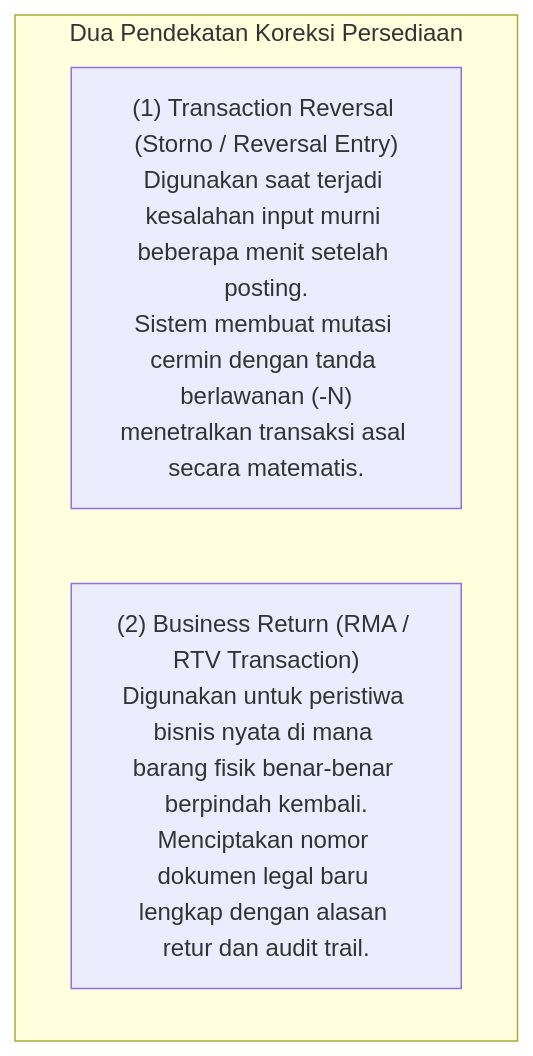
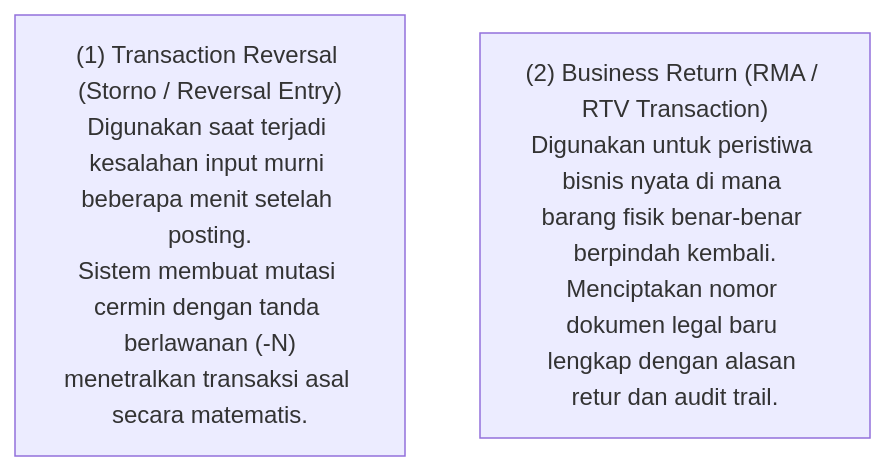
Before and after one commit to alimurrofid/erp-notes: the third of 3 diagrams in content/05-inventory/inventory-return-and-reversal.md, drawn with Mermaid. The commit also changed 58 other files, not shown here.

Commit message:
fix(content):Mermaid Subgraph

````diff
--- a/content/05-inventory/inventory-return-and-reversal.md
+++ b/content/05-inventory/inventory-return-and-reversal.md
@@ -95,7 +95,5 @@
 ```mermaid
 flowchart TD
-    subgraph CorrectionTypes["Dua Pendekatan Koreksi Persediaan"]
         Rev["(1) Transaction Reversal (Storno / Reversal Entry)<br/>Digunakan saat terjadi kesalahan input murni beberapa menit setelah posting.<br/>Sistem membuat mutasi cermin dengan tanda berlawanan (-N)<br/>menetralkan transaksi asal secara matematis."]
         Ret["(2) Business Return (RMA / RTV Transaction)<br/>Digunakan untuk peristiwa bisnis nyata di mana barang fisik benar-benar berpindah kembali.<br/>Menciptakan nomor dokumen legal baru lengkap dengan alasan retur dan audit trail."]
-    end
 ```
````
